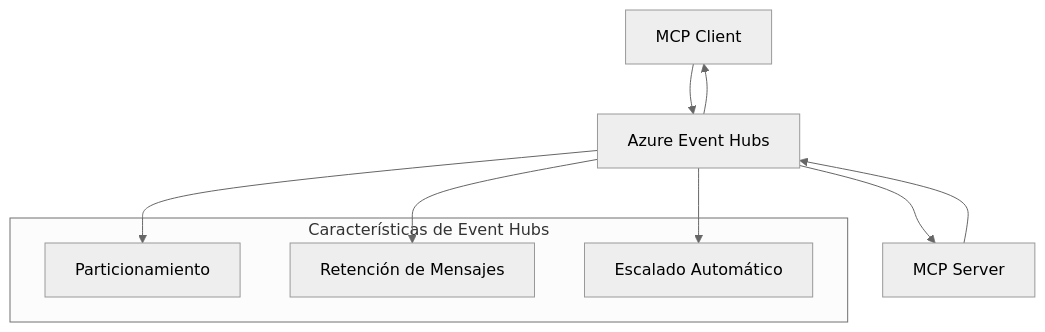
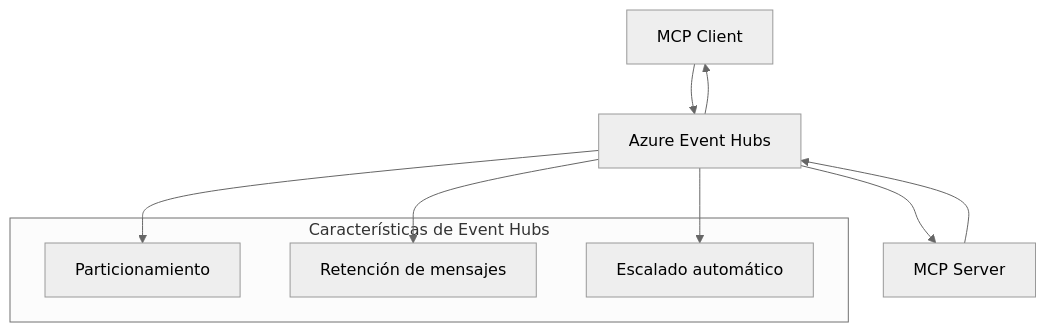
Before and after one commit to HIDORAKAI002/ai-workspace-archive: the second of 2 diagrams in mcp_ecosystem__model_context_protocol/mcp_learning_resources/mcp-for-beginners/translations/es/05-AdvancedTopics/mcp-transport/README.md, drawn with Mermaid (neutral theme). The commit also changed other lines of this file and 1539 other files, not shown here.

````diff
--- a/mcp_ecosystem__model_context_protocol/mcp_learning_resources/mcp-for-beginners/translations/es/05-AdvancedTopics/mcp-transport/README.md
+++ b/mcp_ecosystem__model_context_protocol/mcp_learning_resources/mcp-for-beginners/translations/es/05-AdvancedTopics/mcp-transport/README.md
@@ -269,17 +270,17 @@
 ```mermaid
 graph TB
     Client[MCP Client] --> EH[Azure Event Hubs]
     EH --> Server[MCP Server]
     Server --> EH
     EH --> Client
     
     subgraph "Características de Event Hubs"
         Partition[Particionamiento]
-        Retention[Retención de Mensajes]
-        Scaling[Escalado Automático]
+        Retention[Retención de mensajes]
+        Scaling[Escalado automático]
     end
     
     EH --> Partition
     EH --> Retention
     EH --> Scaling
 ```
````
